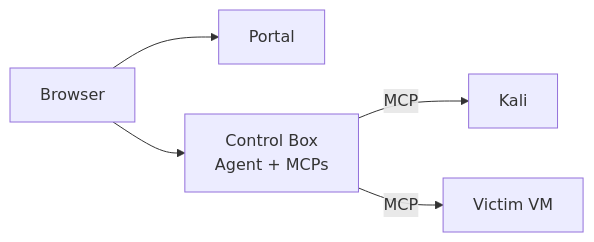
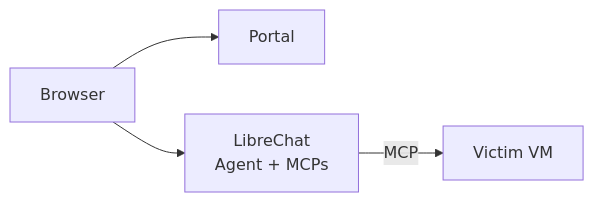
One commit to PaloAltoNetworks/shifter changed the diagram in README.md. Above: the diagram before and after it, drawn with Mermaid. The commit also changed other lines of this file and 5 other files, not shown here.

````diff
--- a/README.md
+++ b/README.md
@@ -48,7 +48,6 @@
 ```mermaid
 flowchart LR
     Browser --> Portal[Portal]
-    Browser --> Kasm[Control Box<br/>Agent + MCPs]
-    Kasm -->|MCP| Kali[Kali]
-    Kasm -->|MCP| Victim[Victim VM]
+    Browser --> Chat[LibreChat<br/>Agent + MCPs]
+    Chat -->|MCP| Victim[Victim VM]
 ```
````
